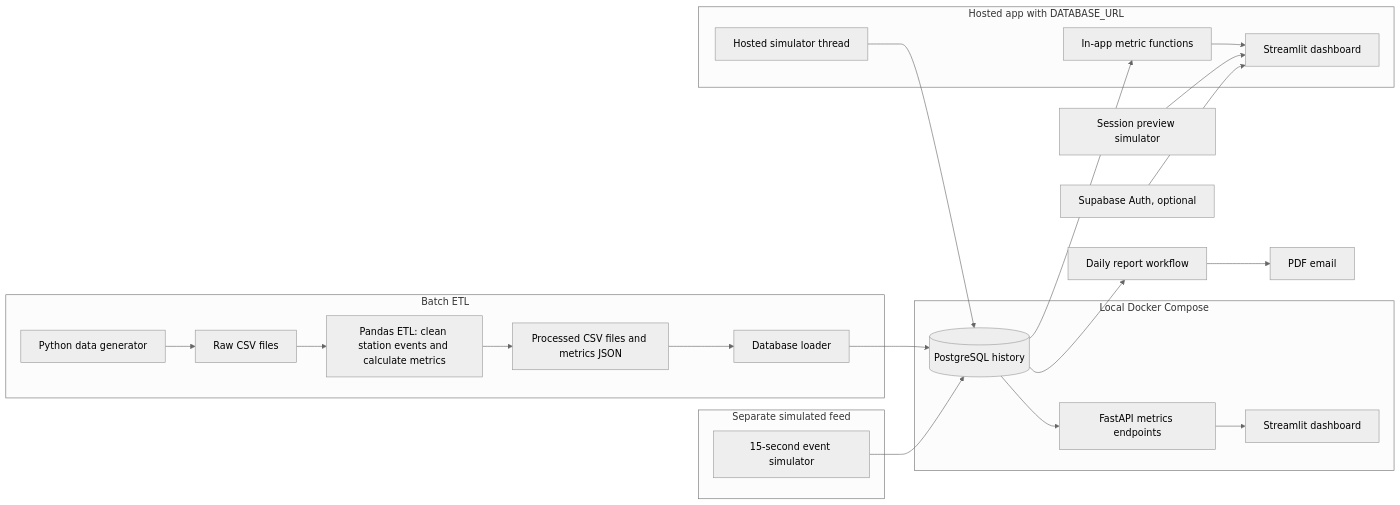
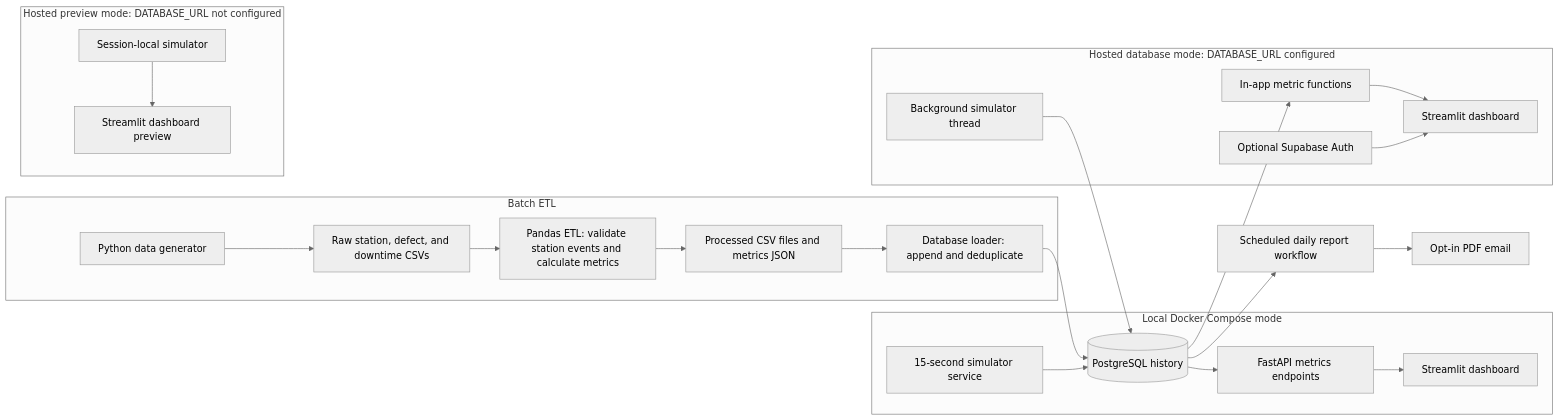
Before and after one commit to satkmsk9618/assembly-line-data-pipeline: the diagram in README.md, drawn with Mermaid (neutral theme). The commit also changed other lines of this file and 1 other file, not shown here.

Commit message:
Align architecture diagrams with implemented modes

````diff
--- a/README.md
+++ b/README.md
@@ -73,27 +73,26 @@
 ```mermaid
 flowchart LR
     subgraph Batch[Batch ETL]
-        A[Python data generator] --> B[Raw CSV files]
-        B --> C[Pandas ETL: clean station events and calculate metrics]
+        A[Python data generator] --> B[Raw station, defect, and downtime CSVs]
+        B --> C[Pandas ETL: validate station events and calculate metrics]
         C --> D[Processed CSV files and metrics JSON]
-        D --> E[Database loader]
+        D --> E[Database loader: append and deduplicate]
     end
-    subgraph Live[Separate simulated feed]
-        F[15-second event simulator]
+    E --> DB[(PostgreSQL history)]
+    subgraph Local[Local Docker Compose mode]
+        LocalSim[15-second simulator service] --> DB
+        DB --> API[FastAPI metrics endpoints]
+        API --> LocalUI[Streamlit dashboard]
     end
-    E --> G[(PostgreSQL history)]
-    F --> G
-    subgraph Local[Local Docker Compose]
-        G --> H[FastAPI metrics endpoints]
-        H --> I[Streamlit dashboard]
+    subgraph Hosted[Hosted database mode: DATABASE_URL configured]
+        DB --> Metrics[In-app metric functions]
+        Metrics --> HostedUI[Streamlit dashboard]
+        Simulator[Background simulator thread] --> DB
+        Auth[Optional Supabase Auth] --> HostedUI
     end
-    subgraph Hosted[Hosted app with DATABASE_URL]
-        G --> J[In-app metric functions]
-        J --> K[Streamlit dashboard]
-        L[Hosted simulator thread] --> G
+    subgraph Preview[Hosted preview mode: DATABASE_URL not configured]
+        SessionSim[Session-local simulator] --> PreviewUI[Streamlit dashboard preview]
     end
-    M[Session preview simulator] --> K
-    N[Supabase Auth, optional] --> K
-    G --> O[Daily report workflow]
-    O --> P[PDF email]
+    DB --> Report[Scheduled daily report workflow]
+    Report --> Email[Opt-in PDF email]
 ```
````
